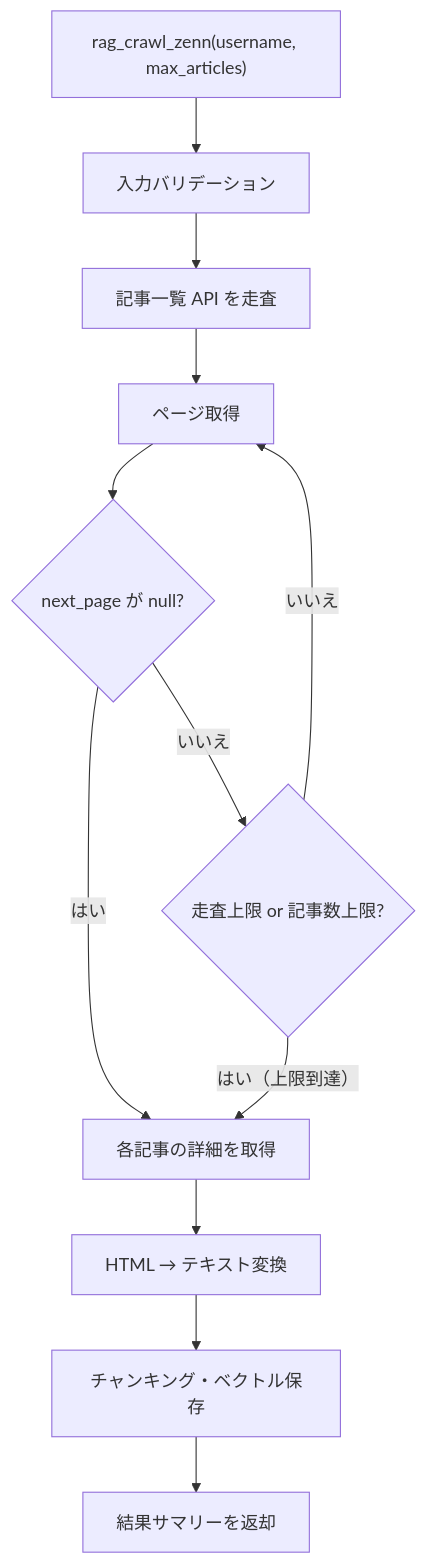
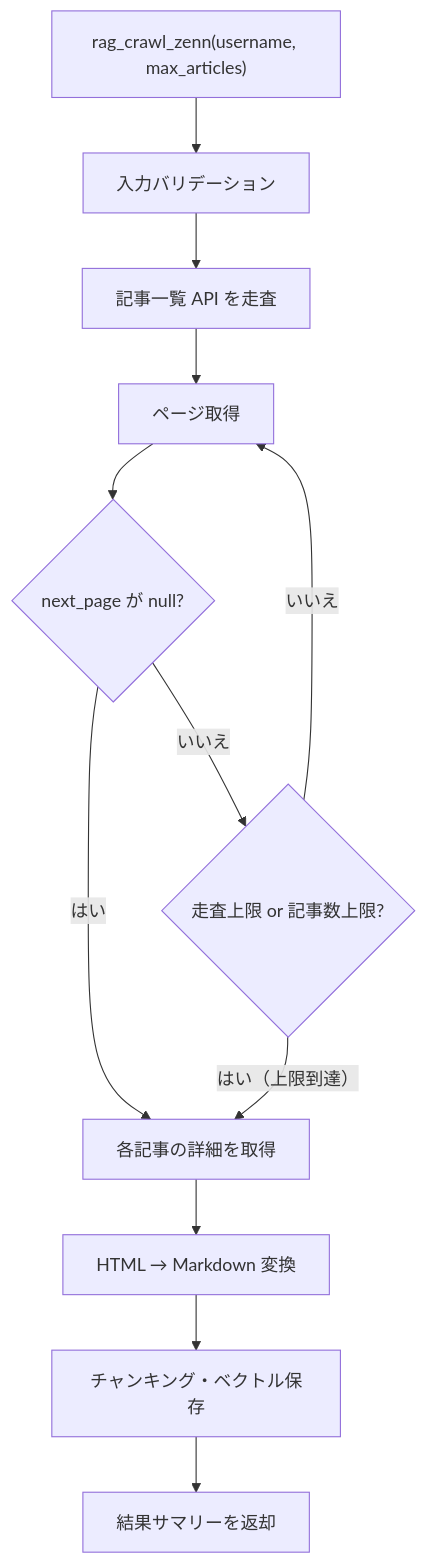
Before and after one commit to becky3/rag-knowledge: the second of 2 diagrams in docs/specs/zenn-ingester.md, drawn with Mermaid. The commit also changed other lines of this file and 2 other files, not shown here.

Commit message:
fix(zenn-ingester): テキスト抽出を markdownify による Markdown 形式に変更 (#172)

````diff
--- a/docs/specs/zenn-ingester.md
+++ b/docs/specs/zenn-ingester.md
@@ -201,25 +201,25 @@
 ```mermaid
 flowchart TD
     START["rag_crawl_zenn(username, max_articles)"]
     VALIDATE["入力バリデーション"]
     DISCOVER["記事一覧 API を走査"]
     PAGE["ページ取得"]
     CHECK_NEXT{"next_page が null?"}
     CHECK_LIMIT{"走査上限 or 記事数上限?"}
     FETCH["各記事の詳細を取得"]
-    CONVERT["HTML → テキスト変換"]
+    CONVERT["HTML → Markdown 変換"]
     INGEST["チャンキング・ベクトル保存"]
     RESULT["結果サマリーを返却"]
 
     START --> VALIDATE
     VALIDATE --> DISCOVER
     DISCOVER --> PAGE
     PAGE --> CHECK_NEXT
     CHECK_NEXT -->|"はい"| FETCH
     CHECK_NEXT -->|"いいえ"| CHECK_LIMIT
     CHECK_LIMIT -->|"はい（上限到達）"| FETCH
     CHECK_LIMIT -->|"いいえ"| PAGE
     FETCH --> CONVERT
     CONVERT --> INGEST
     INGEST --> RESULT
 ```
````
